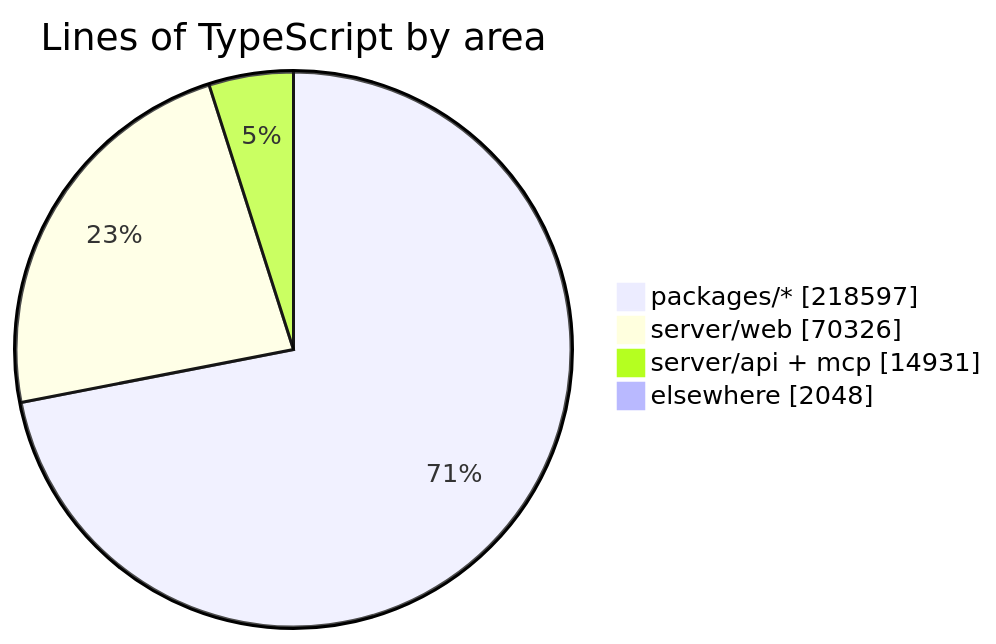
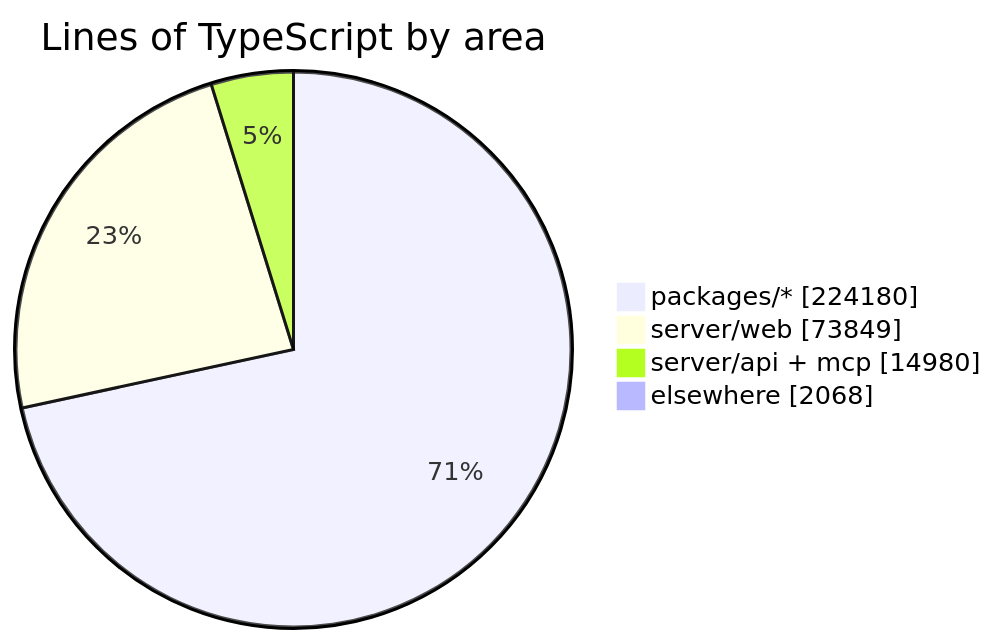
One commit to crossworks-engineering/mantle changed the diagram in README.md. Above: the diagram before and after it, drawn with Mermaid. The commit also changed other lines of this file and 2 other files, not shown here.

````diff
--- a/README.md
+++ b/README.md
@@ -287,7 +287,7 @@
 ```mermaid
 pie showData title Lines of TypeScript by area
-    "packages/*" : 218597
-    "server/web" : 70326
-    "server/api + mcp" : 14931
-    "elsewhere" : 2048
+    "packages/*" : 224180
+    "server/web" : 73849
+    "server/api + mcp" : 14980
+    "elsewhere" : 2068
 ```
````
